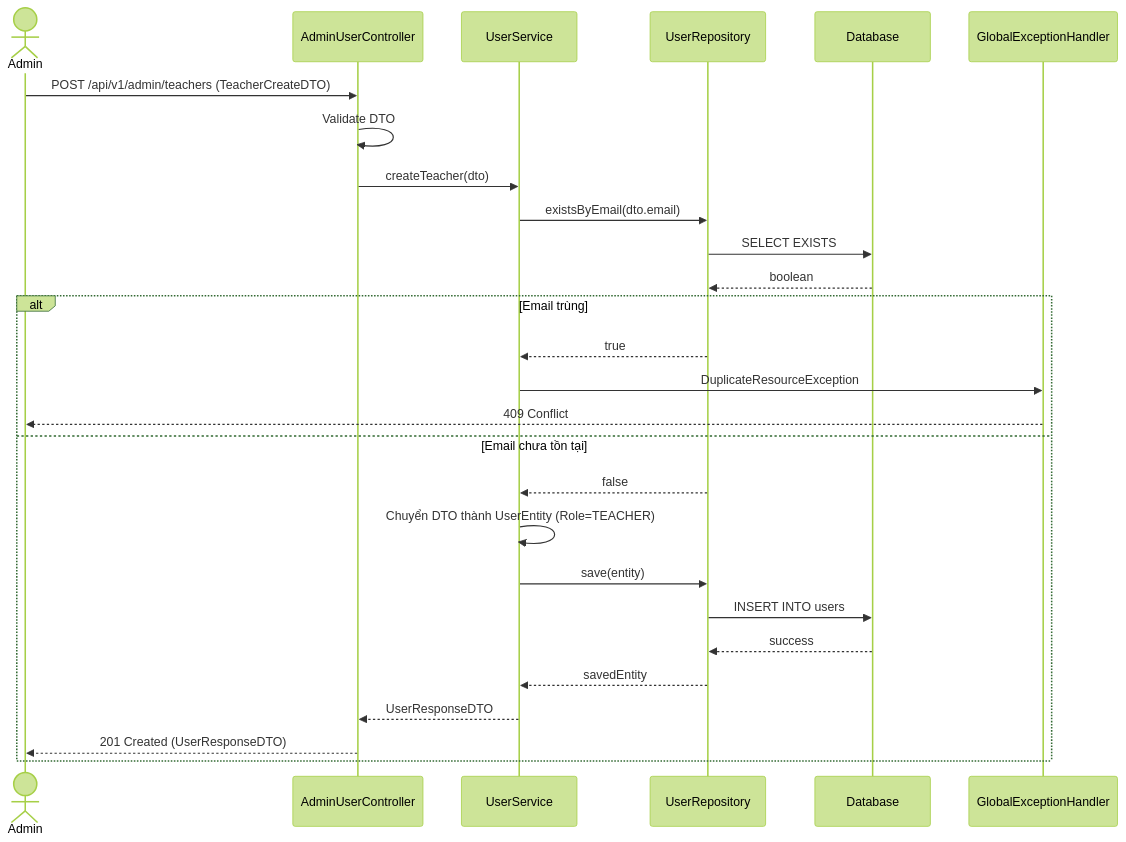
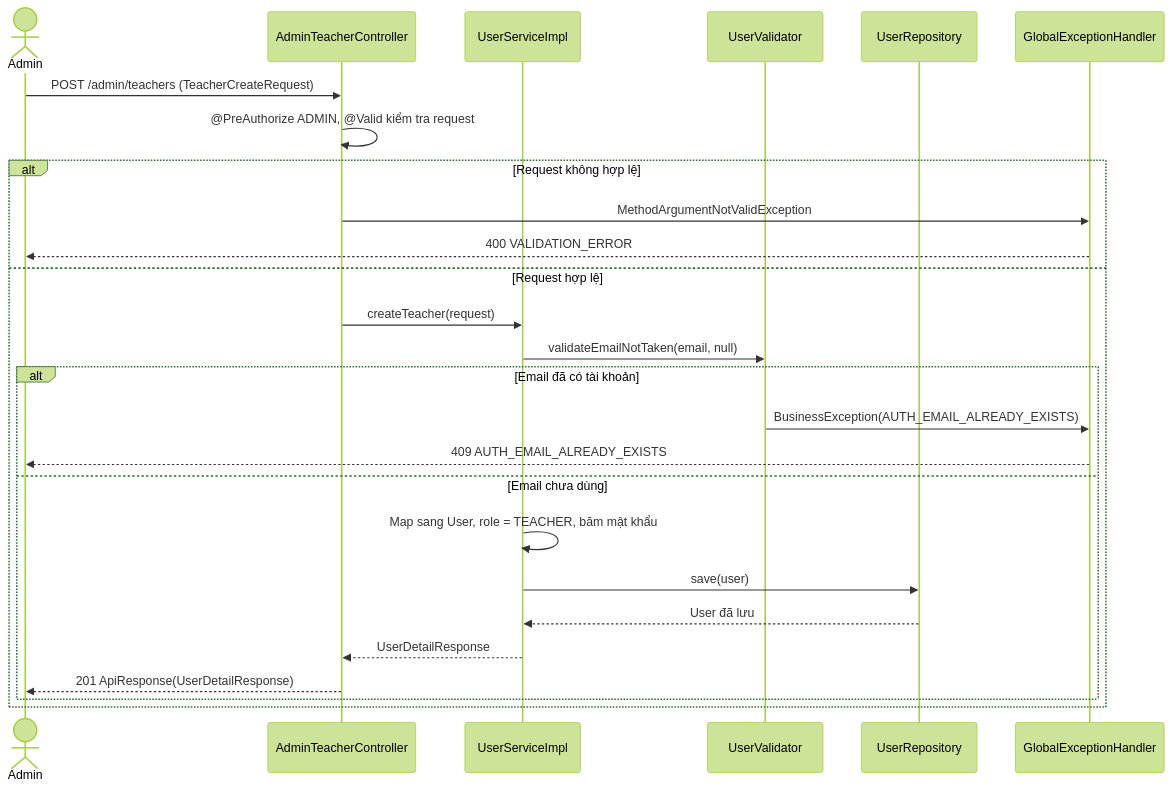
One commit to dungcony/e-learn changed the first of 2 diagrams in docs/design/user-management/api.md. Above: the diagram before and after it, drawn with Mermaid (forest theme). The commit also changed other lines of this file and 15 other files, not shown here.

````diff
--- a/docs/design/user-management/api.md
+++ b/docs/design/user-management/api.md
@@ -13,31 +24,31 @@
 ```mermaid
 sequenceDiagram
     actor Admin
-    participant Ctrl as AdminUserController
-    participant Svc as UserService
+    participant Ctrl as AdminTeacherController
+    participant Svc as UserServiceImpl
+    participant Val as UserValidator
     participant Repo as UserRepository
-    participant DB as Database
     participant Handler as GlobalExceptionHandler
 
-    Admin->>Ctrl: POST /api/v1/admin/teachers (TeacherCreateDTO)
-    Ctrl->>Ctrl: Validate DTO
-    Ctrl->>Svc: createTeacher(dto)
-    Svc->>Repo: existsByEmail(dto.email)
-    Repo->>DB: SELECT EXISTS
-    DB-->>Repo: boolean
-    
-    alt Email trùng
-        Repo-->>Svc: true
-        Svc->>Handler: DuplicateResourceException
-        Handler-->>Admin: 409 Conflict
-    else Email chưa tồn tại
-        Repo-->>Svc: false
-        Svc->>Svc: Chuyển DTO thành UserEntity (Role=TEACHER)
-        Svc->>Repo: save(entity)
-        Repo->>DB: INSERT INTO users
-        DB-->>Repo: success
-        Repo-->>Svc: savedEntity
-        Svc-->>Ctrl: UserResponseDTO
-        Ctrl-->>Admin: 201 Created (UserResponseDTO)
+    Admin->>Ctrl: POST /admin/teachers (TeacherCreateRequest)
+    Ctrl->>Ctrl: @PreAuthorize ADMIN, @Valid kiểm tra request
+
+    alt Request không hợp lệ
+        Ctrl->>Handler: MethodArgumentNotValidException
+        Handler-->>Admin: 400 VALIDATION_ERROR
+    else Request hợp lệ
+        Ctrl->>Svc: createTeacher(request)
+        Svc->>Val: validateEmailNotTaken(email, null)
+
+        alt Email đã có tài khoản
+            Val->>Handler: BusinessException(AUTH_EMAIL_ALREADY_EXISTS)
+            Handler-->>Admin: 409 AUTH_EMAIL_ALREADY_EXISTS
+        else Email chưa dùng
+            Svc->>Svc: Map sang User, role = TEACHER, băm mật khẩu
+            Svc->>Repo: save(user)
+            Repo-->>Svc: User đã lưu
+            Svc-->>Ctrl: UserDetailResponse
+            Ctrl-->>Admin: 201 ApiResponse(UserDetailResponse)
+        end
     end
 ```
````
